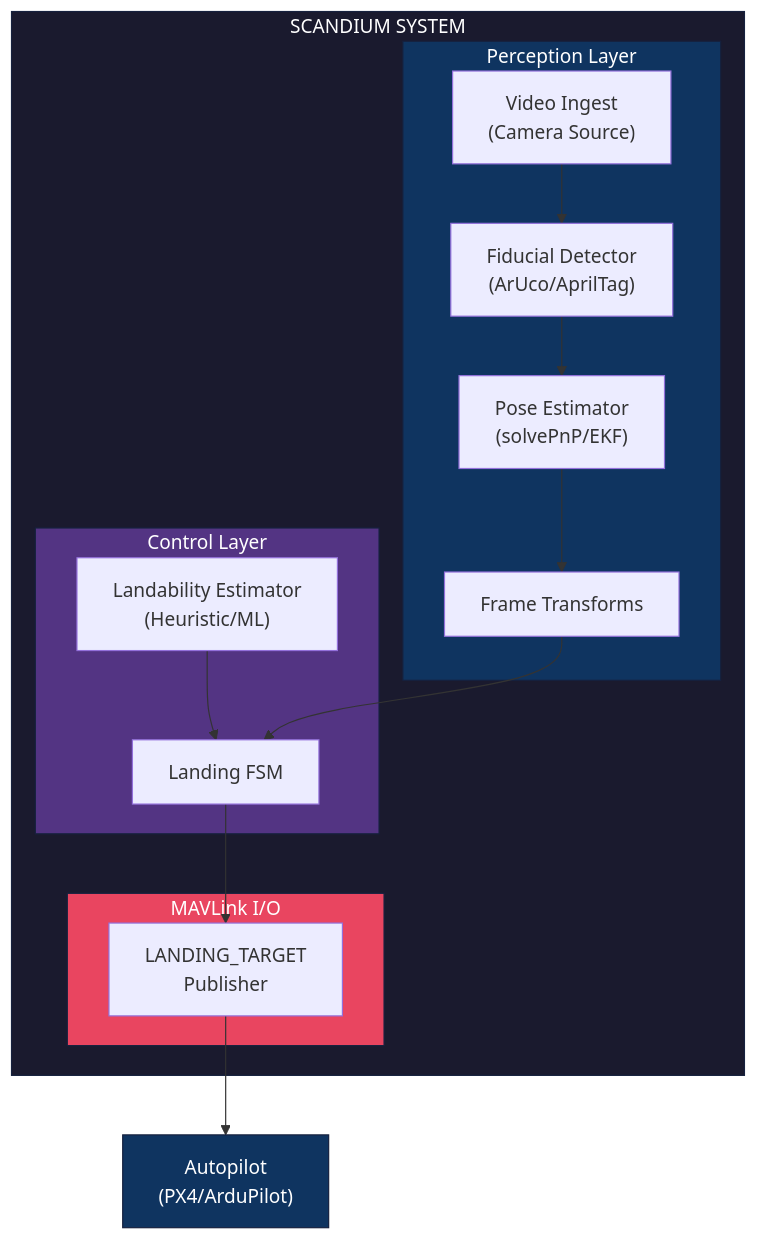
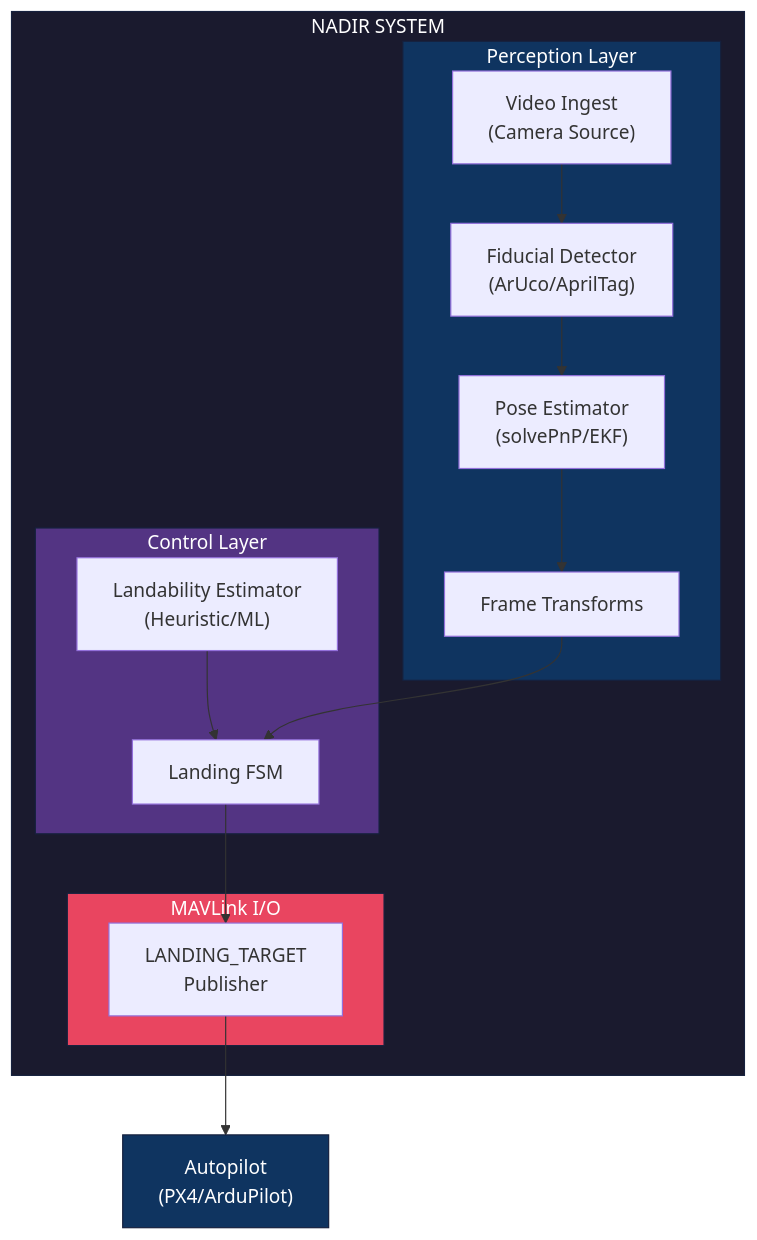
The second of 2 diagrams in README.md (emrealtindag/Nadir), drawn with Mermaid before and after one commit. The commit also changed other lines of this file and 155 other files, not shown here.

````diff
--- a/README.md
+++ b/README.md
@@ -237,27 +237,27 @@
 ```mermaid
 flowchart TB
-    subgraph SCANDIUM["SCANDIUM SYSTEM"]
+    subgraph NADIR["NADIR SYSTEM"]
         subgraph Perception["Perception Layer"]
             VI["Video Ingest\n(Camera Source)"] --> FD["Fiducial Detector\n(ArUco/AprilTag)"]
             FD --> PE["Pose Estimator\n(solvePnP/EKF)"]
             PE --> FT["Frame Transforms"]
         end
         
         subgraph Control["Control Layer"]
             LE["Landability Estimator\n(Heuristic/ML)"] --> FSM["Landing FSM"]
             FT --> FSM
         end
         
         subgraph MAVLink["MAVLink I/O"]
             FSM --> LT["LANDING_TARGET\nPublisher"]
         end
     end
     
     LT --> AP["Autopilot\n(PX4/ArduPilot)"]
     
-    style SCANDIUM fill:#1a1a2e,stroke:#16213e,color:#fff
+    style NADIR fill:#1a1a2e,stroke:#16213e,color:#fff
     style Perception fill:#0f3460,stroke:#16213e,color:#fff
     style Control fill:#533483,stroke:#16213e,color:#fff
     style MAVLink fill:#e94560,stroke:#16213e,color:#fff
     style AP fill:#0f3460,stroke:#16213e,color:#fff
 ```
````
